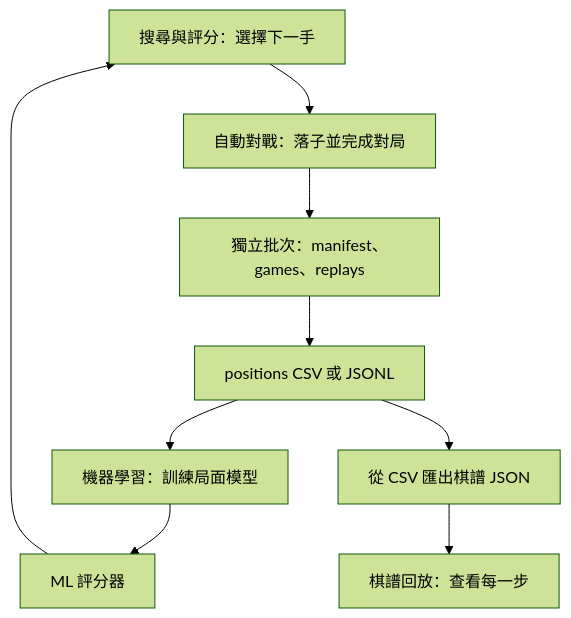
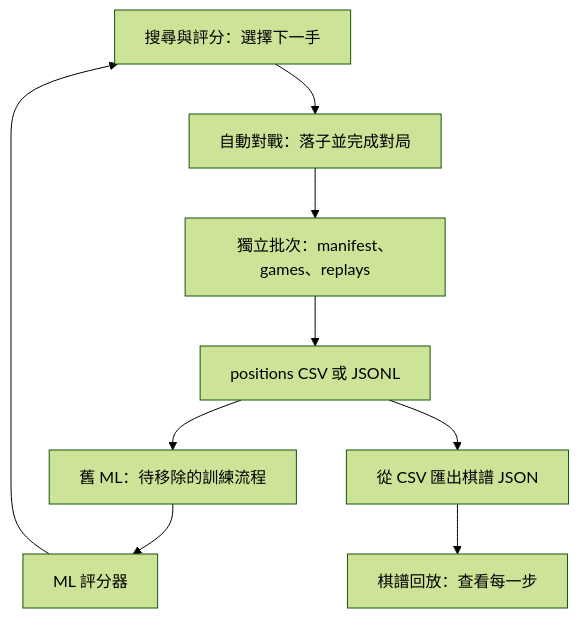
One commit to chad30877/chess-ai changed the diagram in README.md. Above: the diagram before and after it, drawn with Mermaid (forest theme). The commit also changed other lines of this file and 8 other files, not shown here.

````diff
--- a/README.md
+++ b/README.md
@@ -20,11 +24,11 @@
 ```mermaid
 flowchart TD
     A[搜尋與評分：選擇下一手] --> B[自動對戰：落子並完成對局]
     B --> H[獨立批次：manifest、games、replays]
     H --> C[positions CSV 或 JSONL]
-    C --> D[機器學習：訓練局面模型]
+    C --> D[舊 ML：待移除的訓練流程]
     D --> E[ML 評分器]
     E --> A
     C --> F[從 CSV 匯出棋譜 JSON]
     F --> G[棋譜回放：查看每一步]
 ```
````
